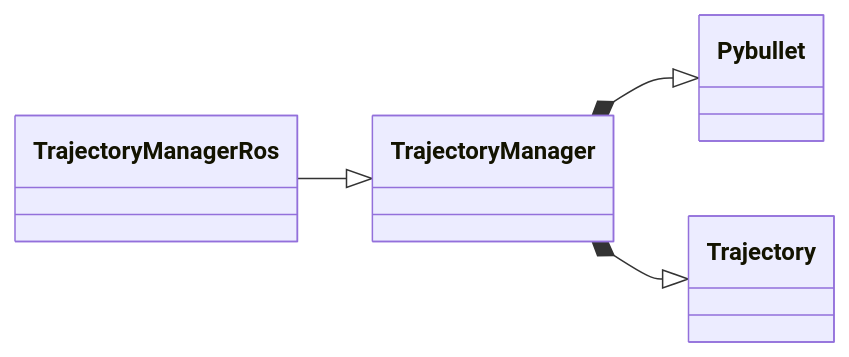
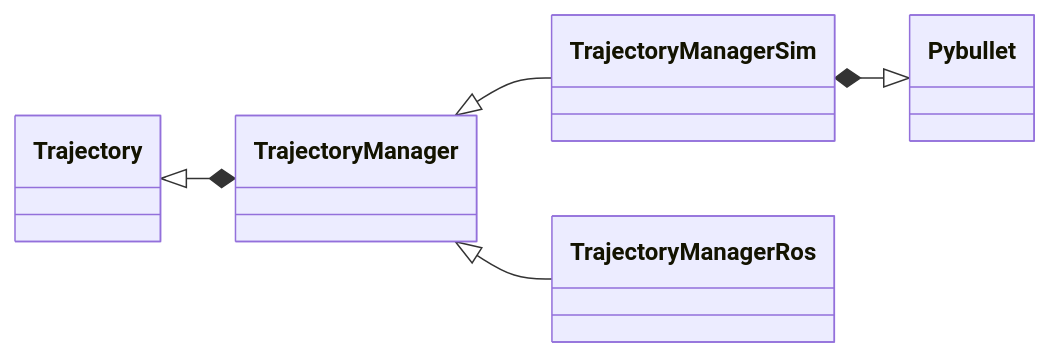
The diagram in soccer_trajectories/ClassDiagrams.md (utra-robosoccer/soccerbot), drawn with Mermaid before and after one commit. The commit also changed 8 other files, not shown here.

Commit message:
split trajectory manager and seperated pybullet to its own class since the data inputs are quite different. general cleanup and paramitzed unit testing for all possibilities.

````diff
--- a/soccer_trajectories/ClassDiagrams.md
+++ b/soccer_trajectories/ClassDiagrams.md
@@ -5,13 +5,13 @@
 ```mermaid
 %%{init: {"classDiagram": {"useMaxWidth": false}} }%%
 classDiagram
     direction LR
 
 
-    TrajectoryManager *--|> Pybullet
-    TrajectoryManager *--|> Trajectory
-
-    TrajectoryManagerRos --|>  TrajectoryManager
+    TrajectoryManagerSim *--|> Pybullet
+    Trajectory <|--* TrajectoryManager
+    TrajectoryManager <|-- TrajectoryManagerSim
+    TrajectoryManager <|--  TrajectoryManagerRos
 
 
 ```
````
